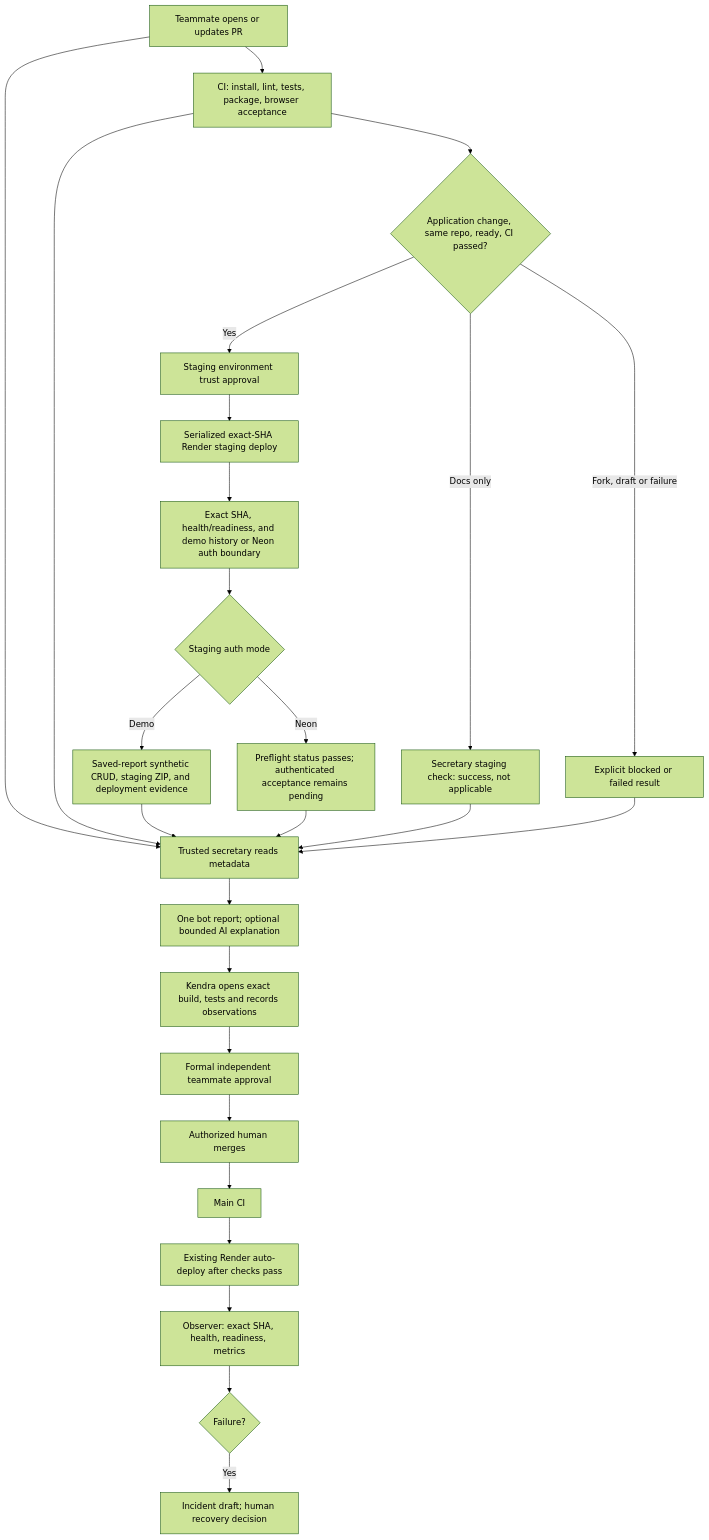
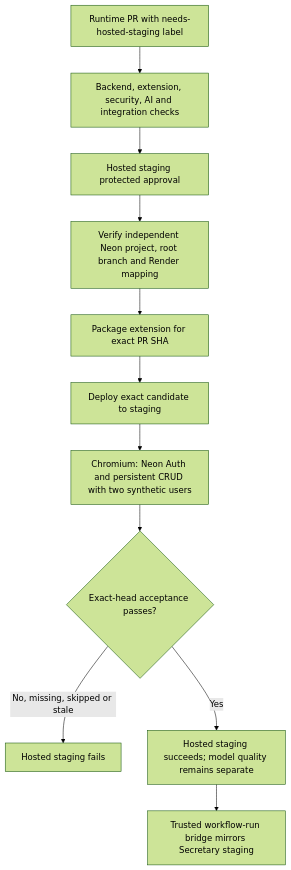
Before and after one commit to kendshhh/PhishLens: the diagram in docs/devops/secretary.md, drawn with Mermaid (forest theme). The commit also changed other lines of this file and 22 other files, not shown here.

Commit message:
fix(release): require authenticated staging acceptance

````diff
--- a/docs/devops/secretary.md
+++ b/docs/devops/secretary.md
@@ -16,28 +11,13 @@
 ```mermaid
 flowchart TD
-  P[Teammate opens or updates PR] --> C[CI: install, lint, tests, package, browser acceptance]
-  P --> R[Trusted secretary reads metadata]
-  C --> D{Application change, same repo, ready, CI passed?}
-  D -->|Yes| E[Staging environment trust approval]
-  E --> S[Serialized exact-SHA Render staging deploy]
-  S --> V[Exact SHA, health/readiness, and demo history or Neon auth boundary]
-  V --> MODE{Staging auth mode}
-  MODE -->|Demo| DEMO[Saved-report synthetic CRUD, staging ZIP, and deployment evidence]
-  MODE -->|Neon| NEON[Preflight status passes; authenticated acceptance remains pending]
-  D -->|Docs only| N[Secretary staging check: success, not applicable]
-  D -->|Fork, draft or failure| B[Explicit blocked or failed result]
-  C --> R
-  DEMO --> R
-  NEON --> R
-  N --> R
-  B --> R
-  R --> A[One bot report; optional bounded AI explanation]
-  A --> K[Kendra opens exact build, tests and records observations]
-  K --> H[Formal independent teammate approval]
-  H --> M[Authorized human merges]
-  M --> MC[Main CI]
-  MC --> RD[Existing Render auto-deploy after checks pass]
-  RD --> O[Observer: exact SHA, health, readiness, metrics]
-  O --> F{Failure?}
-  F -->|Yes| I[Incident draft; human recovery decision]
+  A[Runtime PR with needs-hosted-staging label] --> B[Backend, extension, security, AI and integration checks]
+  B --> C[Hosted staging protected approval]
+  C --> D[Verify independent Neon project, root branch and Render mapping]
+  D --> E[Package extension for exact PR SHA]
+  E --> F[Deploy exact candidate to staging]
+  F --> G[Chromium: Neon Auth and persistent CRUD with two synthetic users]
+  G --> H{Exact-head acceptance passes?}
+  H -->|No, missing, skipped or stale| I[Hosted staging fails]
+  H -->|Yes| J[Hosted staging succeeds; model quality remains separate]
+  J --> K[Trusted workflow-run bridge mirrors Secretary staging]
 ```
````
